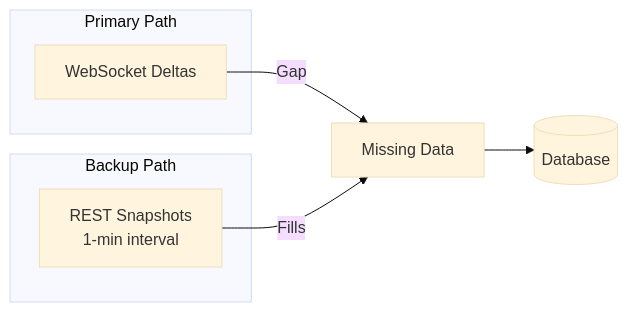
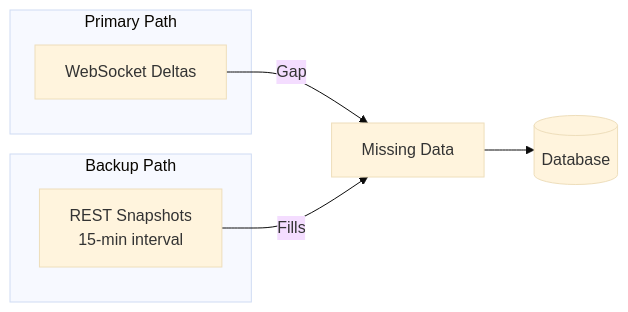
One commit to Projectsrxg/kalshi_v2 changed the third of 4 diagrams in docs/kalshi-data/recovery/README.md. Above: the diagram before and after it, drawn with Mermaid (base theme). The commit also changed other lines of this file and 77 other files, not shown here.

````diff
--- a/docs/kalshi-data/recovery/README.md
+++ b/docs/kalshi-data/recovery/README.md
@@ -89,14 +89,14 @@
 ```mermaid
 flowchart LR
     subgraph "Primary Path"
         WS[WebSocket Deltas]
     end
 
     subgraph "Backup Path"
-        REST[REST Snapshots<br/>1-min interval]
+        REST[REST Snapshots<br/>15-min interval]
     end
 
     WS -->|Gap| MISSING[Missing Data]
     REST -->|Fills| MISSING
     MISSING --> DB[(Database)]
 ```
````
